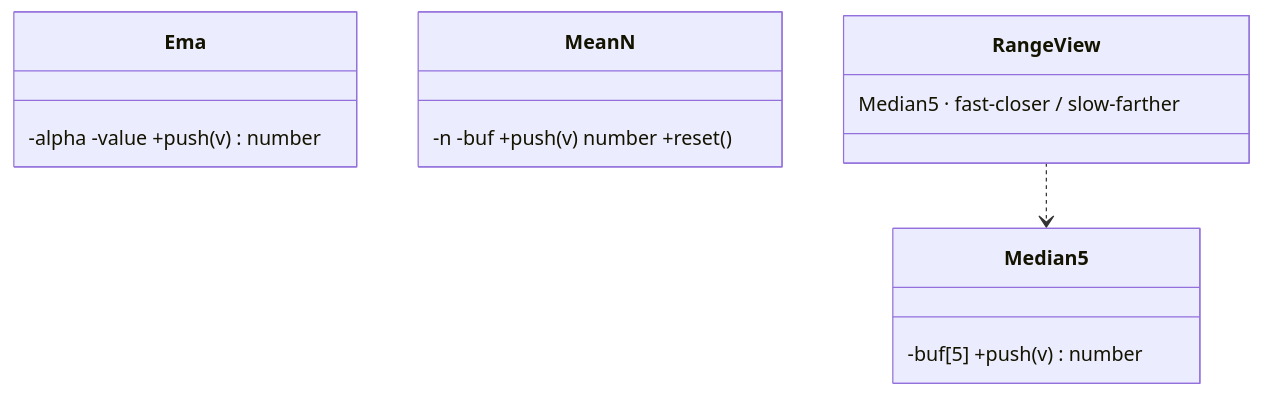
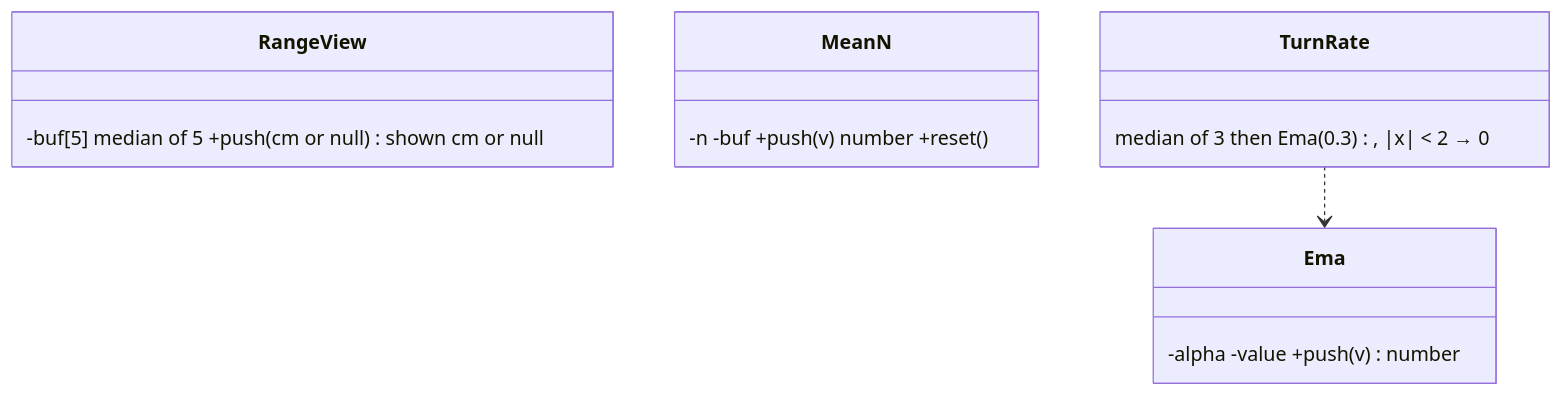
Before and after one commit to mannuray/conqueror: diagram 15 of 19 in docs/lld/esp32-bridge-lld.md, drawn with Mermaid. The commit also changed other lines of this file and 6 other files, not shown here.

````diff
--- a/docs/lld/esp32-bridge-lld.md
+++ b/docs/lld/esp32-bridge-lld.md
@@ -679,8 +679,8 @@
 ```mermaid
 classDiagram
-  class Median5 { -buf[5] +push(v) number }
+  class RangeView { -buf[5] median of 5 +push(cm or null) shown cm or null }
   class Ema { -alpha -value +push(v) number }
   class MeanN { -n -buf +push(v) number +reset() }
-  class RangeView { Median5 · fast-closer / slow-farther }
-  RangeView ..> Median5
+  class TurnRate { median of 3 then Ema(0.3), |x| < 2 → 0 }
+  TurnRate ..> Ema
 ```
````
